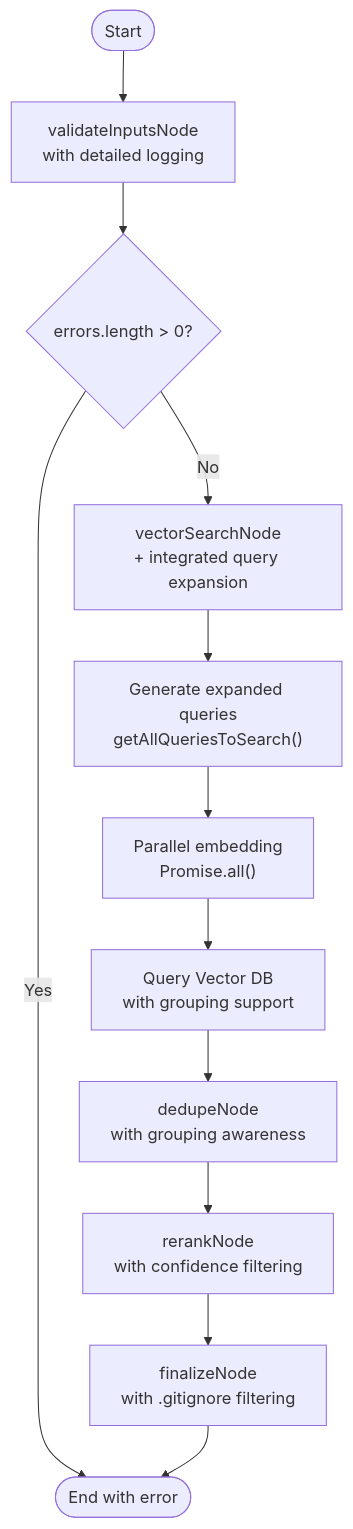
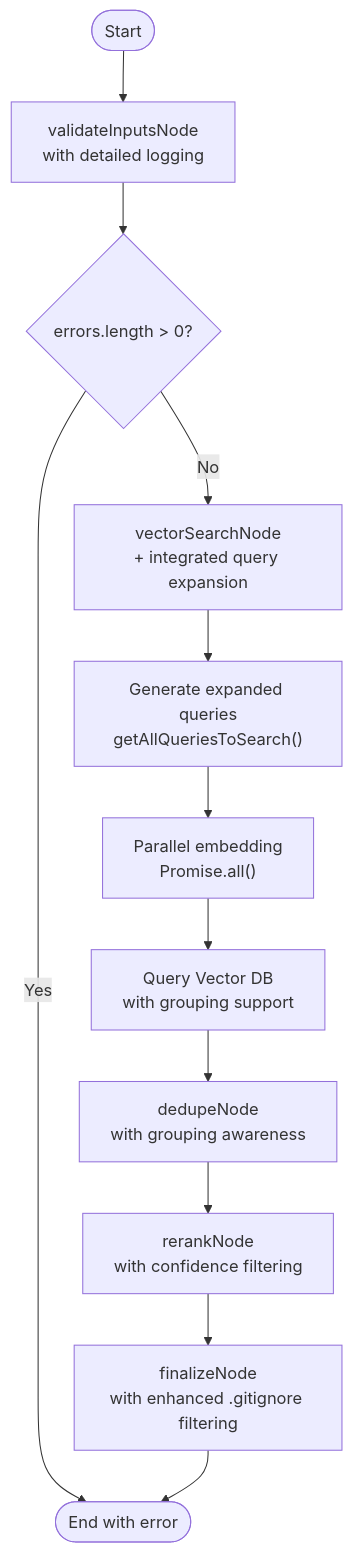
The third of 7 diagrams in .qoder/repowiki/en/content/Indexing and Search System/Semantic Search Algorithms.md (bramburn/repomix-runner), drawn with Mermaid before and after one commit. The commit also changed other lines of this file and 41 other files, not shown here.

````diff
--- a/.qoder/repowiki/en/content/Indexing and Search System/Semantic Search Algorithms.md
+++ b/.qoder/repowiki/en/content/Indexing and Search System/Semantic Search Algorithms.md
@@ -189,14 +213,14 @@
 ```mermaid
 flowchart TD
 Start(["Start"]) --> Validate["validateInputsNode<br/>with detailed logging"]
 Validate --> HasErrors{"errors.length > 0?"}
 HasErrors --> |Yes| End(["End with error"])
 HasErrors --> |No| Vector["vectorSearchNode<br/>+ integrated query expansion"]
 Vector --> Expand["Generate expanded queries<br/>getAllQueriesToSearch()"]
 Expand --> Embed["Parallel embedding<br/>Promise.all()"]
 Embed --> QueryDB["Query Vector DB<br/>with grouping support"]
 QueryDB --> Dedupe["dedupeNode<br/>with grouping awareness"]
 Dedupe --> Rerank["rerankNode<br/>with confidence filtering"]
-Rerank --> Finalize["finalizeNode<br/>with .gitignore filtering"]
+Rerank --> Finalize["finalizeNode<br/>with enhanced .gitignore filtering"]
 Finalize --> End
 ```
````
